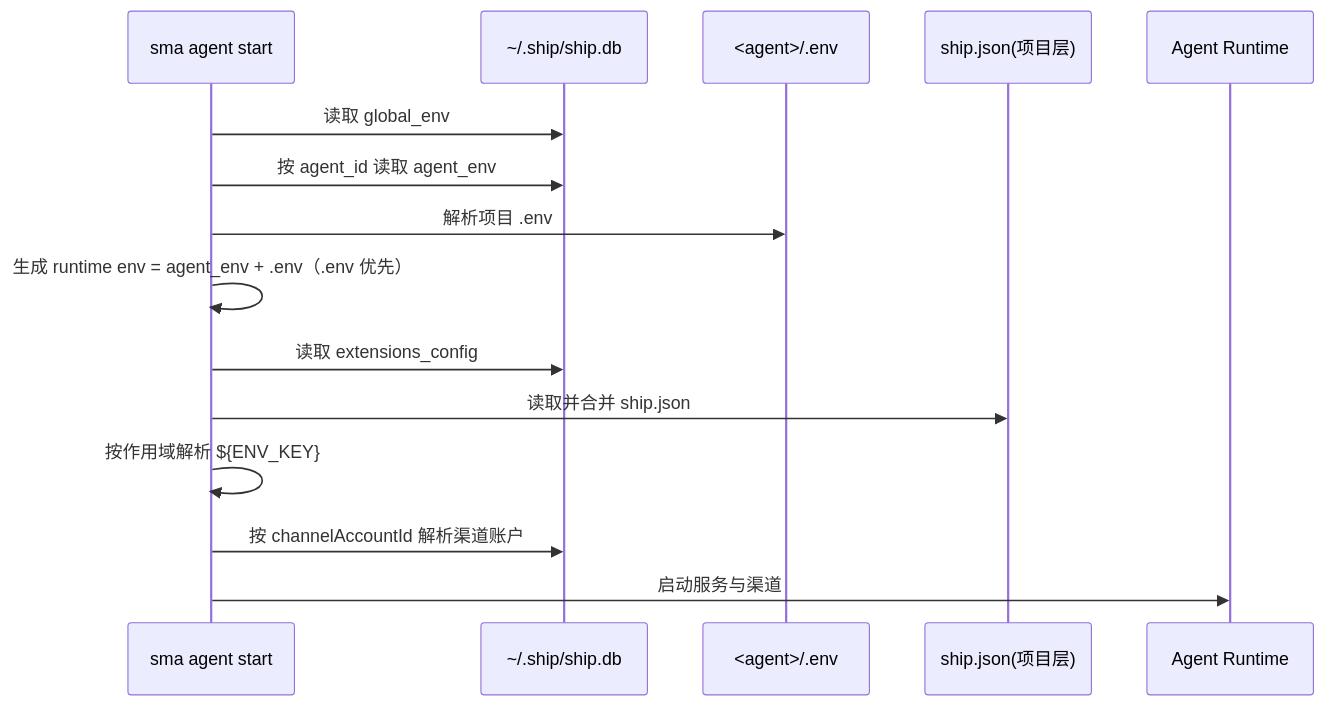
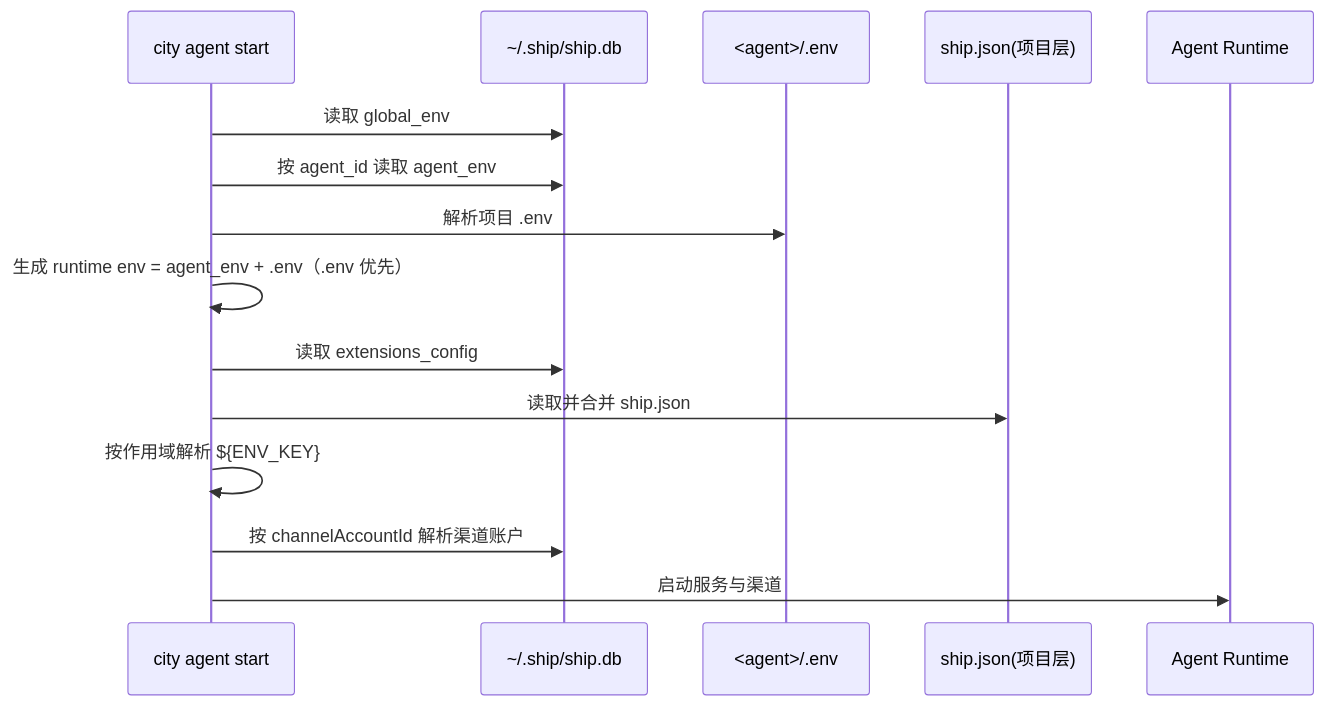
One commit to wangenius/downcity changed the first of 2 diagrams in homepage/content/docs/zh/configuration/environment-variables.mdx. Above: the diagram before and after it, drawn with Mermaid. The commit also changed other lines of this file and 293 other files, not shown here.

````diff
--- a/homepage/content/docs/zh/configuration/environment-variables.mdx
+++ b/homepage/content/docs/zh/configuration/environment-variables.mdx
@@ -36,18 +36,18 @@
 ```mermaid
 sequenceDiagram
-  participant CLI as sma agent start
+  participant CLI as city agent start
   participant DB as ~/.ship/ship.db
   participant ENV as <agent>/.env
   participant JSON as ship.json(项目层)
   participant RT as Agent Runtime
 
   CLI->>DB: 读取 global_env
   CLI->>DB: 按 agent_id 读取 agent_env
   CLI->>ENV: 解析项目 .env
   CLI->>CLI: 生成 runtime env = agent_env + .env（.env 优先）
   CLI->>DB: 读取 extensions_config
   CLI->>JSON: 读取并合并 ship.json
   CLI->>CLI: 按作用域解析 ${ENV_KEY}
   CLI->>DB: 按 channelAccountId 解析渠道账户
   CLI->>RT: 启动服务与渠道
 ```
````
